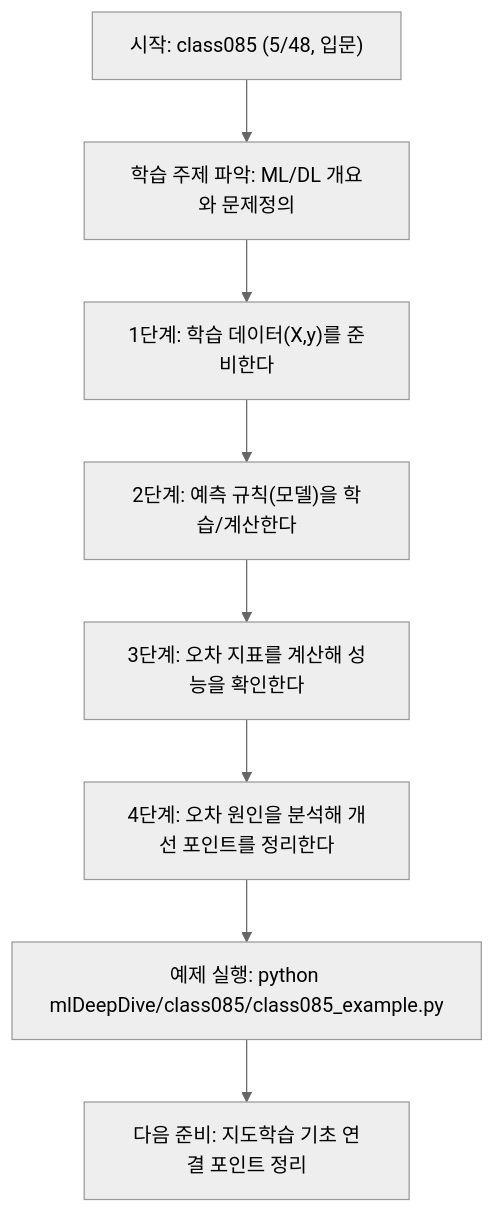
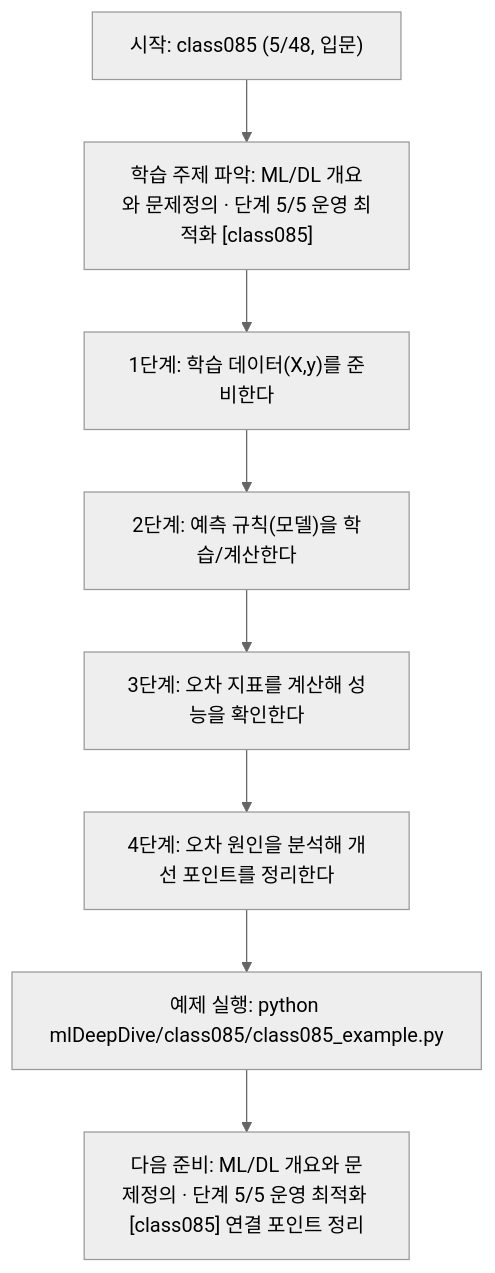
Before and after one commit to edumgt/Python-AI_Agent-Class: the diagram in mlDeepDive/class085/class085.md, drawn with Mermaid (neutral theme). The commit also changed other lines of this file and 522 other files, not shown here.

````diff
--- a/mlDeepDive/class085/class085.md
+++ b/mlDeepDive/class085/class085.md
@@ -110,18 +111,18 @@
 ```mermaid
 flowchart TD
 N1["시작: class085 (5/48, 입문)"]
-N2["학습 주제 파악: ML/DL 개요와 문제정의"]
+N2["학습 주제 파악: ML/DL 개요와 문제정의 · 단계 5/5 운영 최적화 [class085]"]
 N3["1단계: 학습 데이터(X,y)를 준비한다"]
 N4["2단계: 예측 규칙(모델)을 학습/계산한다"]
 N5["3단계: 오차 지표를 계산해 성능을 확인한다"]
 N6["4단계: 오차 원인을 분석해 개선 포인트를 정리한다"]
 N7["예제 실행: python mlDeepDive/class085/class085_example.py"]
-N8["다음 준비: 지도학습 기초 연결 포인트 정리"]
+N8["다음 준비: ML/DL 개요와 문제정의 · 단계 5/5 운영 최적화 [class085] 연결 포인트 정리"]
 N1 --> N2
 N2 --> N3
 N3 --> N4
 N4 --> N5
 N5 --> N6
 N6 --> N7
 N7 --> N8
 ```
````
